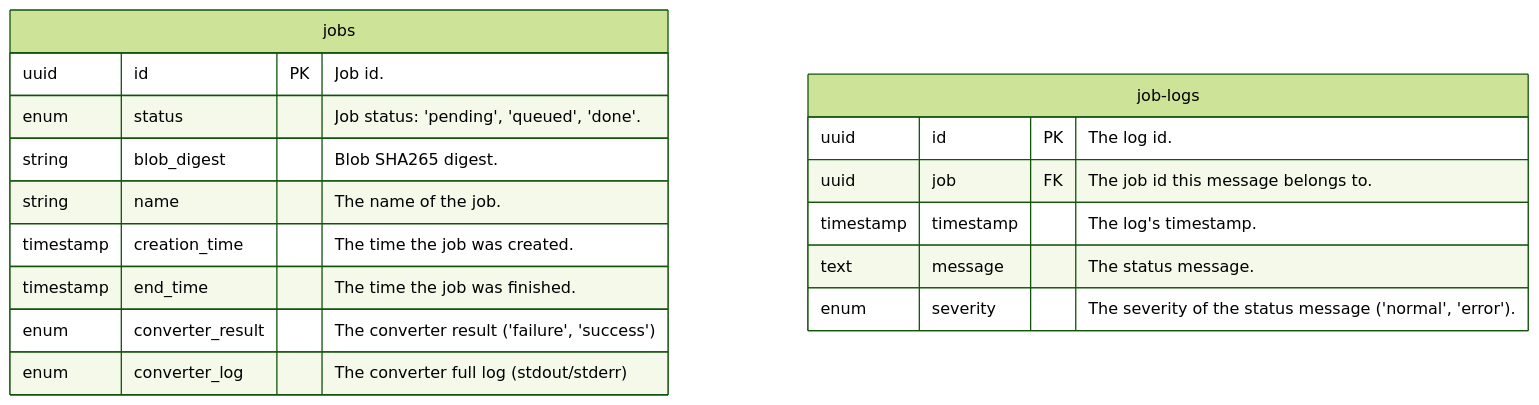
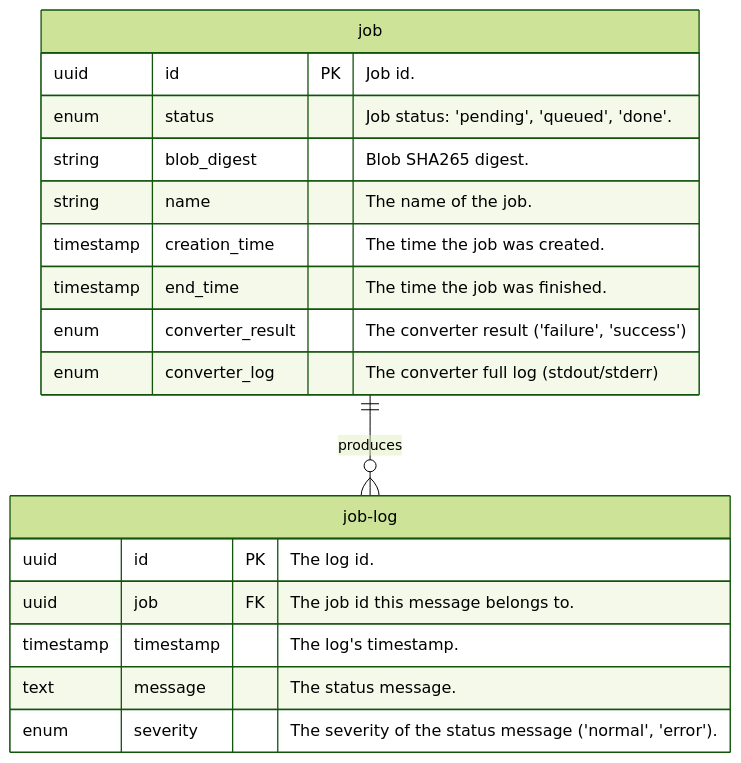
The diagram in docs/architecture.md (gabyx/RsMarkdown2PDF-Service), drawn with Mermaid (forest theme) before and after one commit. The commit also changed other lines of this file and 42 other files, not shown here.

````diff
--- a/docs/architecture.md
+++ b/docs/architecture.md
@@ -21,23 +22,26 @@
 ```mermaid
 erDiagram
-    jobs {
+    job {
         uuid id PK "Job id."
 
         enum status "Job status: 'pending', 'queued', 'done'."
         string blob_digest "Blob SHA265 digest."
         string name "The name of the job."
         timestamp creation_time "The time the job was created."
         timestamp end_time "The time the job was finished."
         enum converter_result "The converter result ('failure', 'success')"
         enum converter_log "The converter full log (stdout/stderr)"
     }
 
-    job-logs {
+    job-log {
         uuid id PK "The log id."
         uuid job FK "The job id this message belongs to."
 
         timestamp timestamp "The log's timestamp."
         text message "The status message."
         enum severity "The severity of the status message ('normal', 'error')."
     }
+
+    job ||--o{ job-log: "produces"
+
 ```
````
